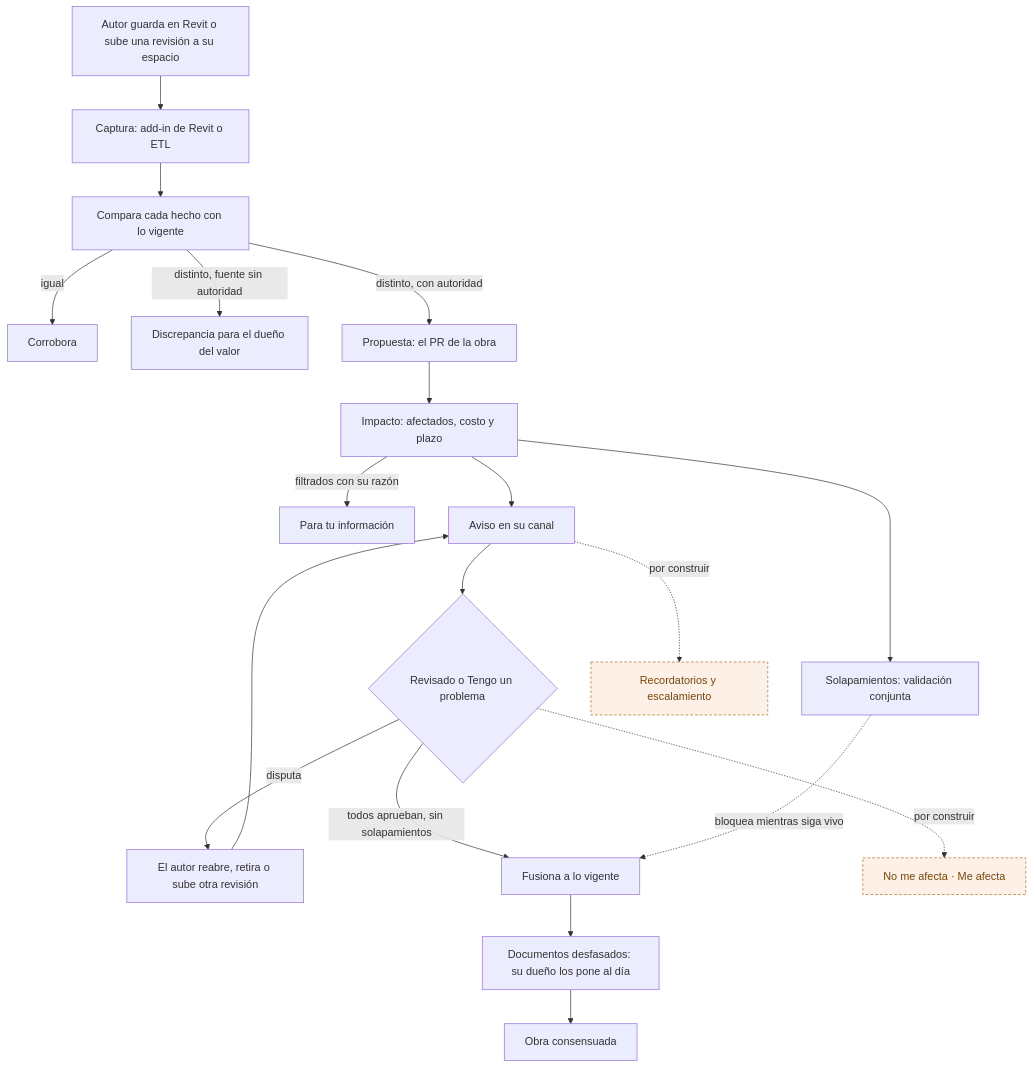
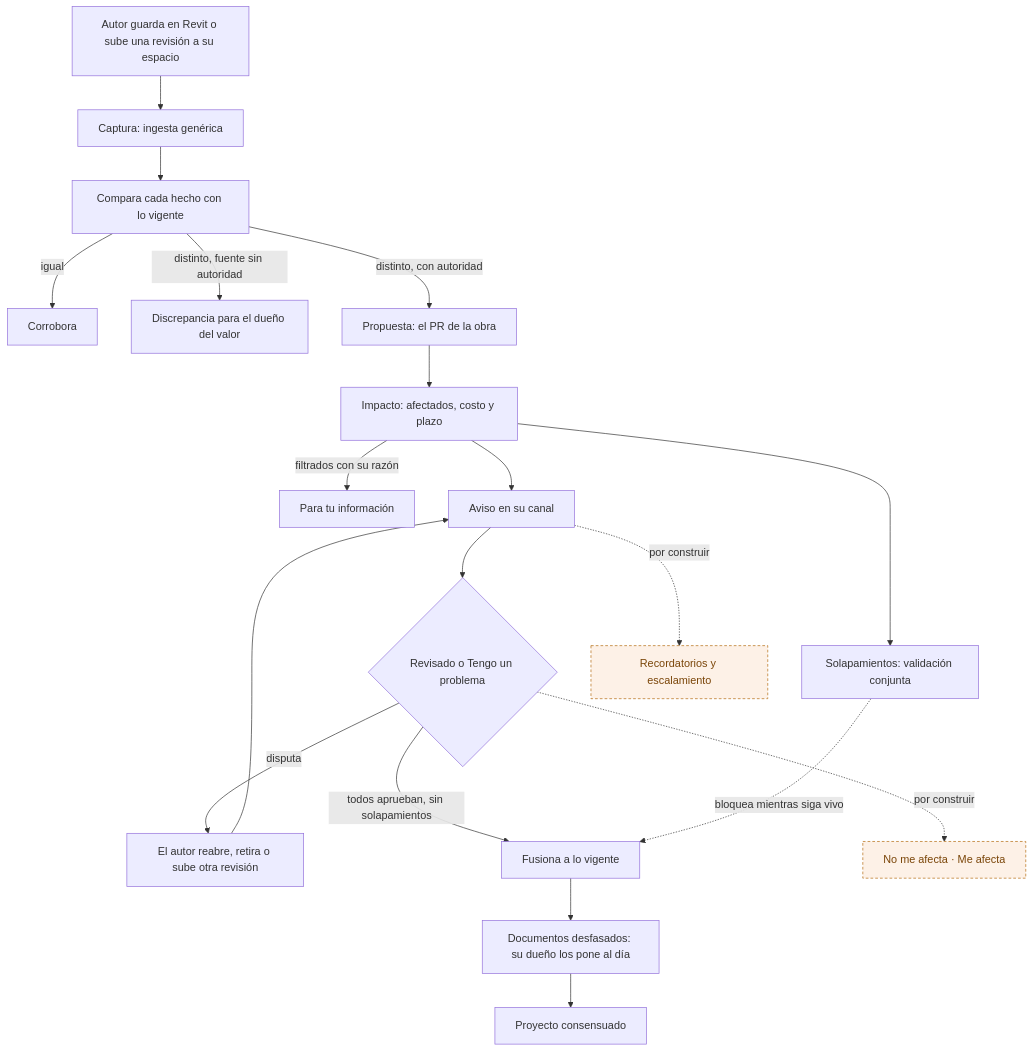
Before and after one commit to platanus-hack/platanus-hack-26-cl-team-27: the first of 2 diagrams in docs/spec/README.md, drawn with Mermaid. The commit also changed other lines of this file and 367 other files, not shown here.

````diff
--- a/docs/spec/README.md
+++ b/docs/spec/README.md
@@ -44,24 +43,24 @@
 ```mermaid
 flowchart TD
-  autor["Autor guarda en Revit o sube una revisión a su espacio"] --> captura["Captura: add-in de Revit o ETL"]
+  autor["Autor guarda en Revit o sube una revisión a su espacio"] --> captura["Captura: ingesta genérica"]
   captura --> compara["Compara cada hecho con lo vigente"]
   compara -->|igual| corrobora["Corrobora"]
   compara -->|distinto, fuente sin autoridad| discrepancia["Discrepancia para el dueño del valor"]
   compara -->|distinto, con autoridad| propuesta["Propuesta: el PR de la obra"]
   propuesta --> impacto["Impacto: afectados, costo y plazo"]
   impacto -->|filtrados con su razón| info["Para tu información"]
   impacto --> solapa["Solapamientos: validación conjunta"]
   impacto --> aviso["Aviso en su canal"]
   aviso --> responde{"Revisado o Tengo un problema"}
   responde -->|disputa| reabre["El autor reabre, retira o sube otra revisión"]
   reabre --> aviso
   responde -->|todos aprueban, sin solapamientos| fusion["Fusiona a lo vigente"]
   solapa -.->|bloquea mientras siga vivo| fusion
   fusion --> desfase["Documentos desfasados: su dueño los pone al día"]
-  desfase --> sello["Obra consensuada"]
+  desfase --> sello["Proyecto consensuado"]
   aviso -.->|por construir| seguimiento["Recordatorios y escalamiento"]
   responde -.->|por construir| mas["No me afecta · Me afecta"]
 
   classDef todo fill:#FDF1E7,stroke:#B4690E,color:#7A4508,stroke-dasharray:4 3
   class seguimiento,mas todo
 ```
````
